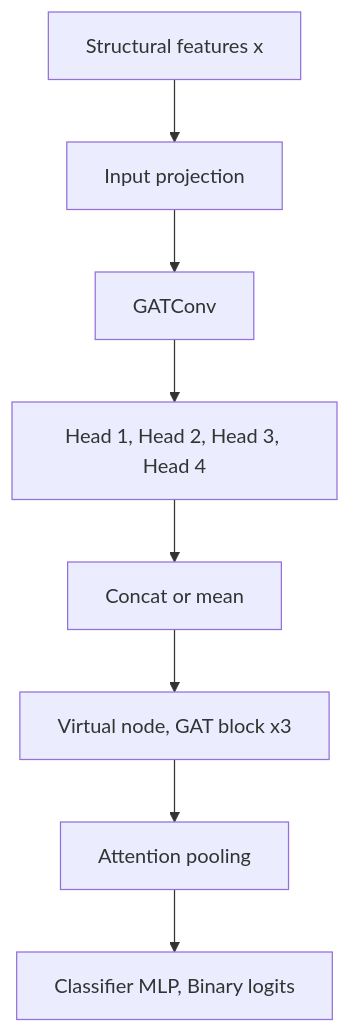
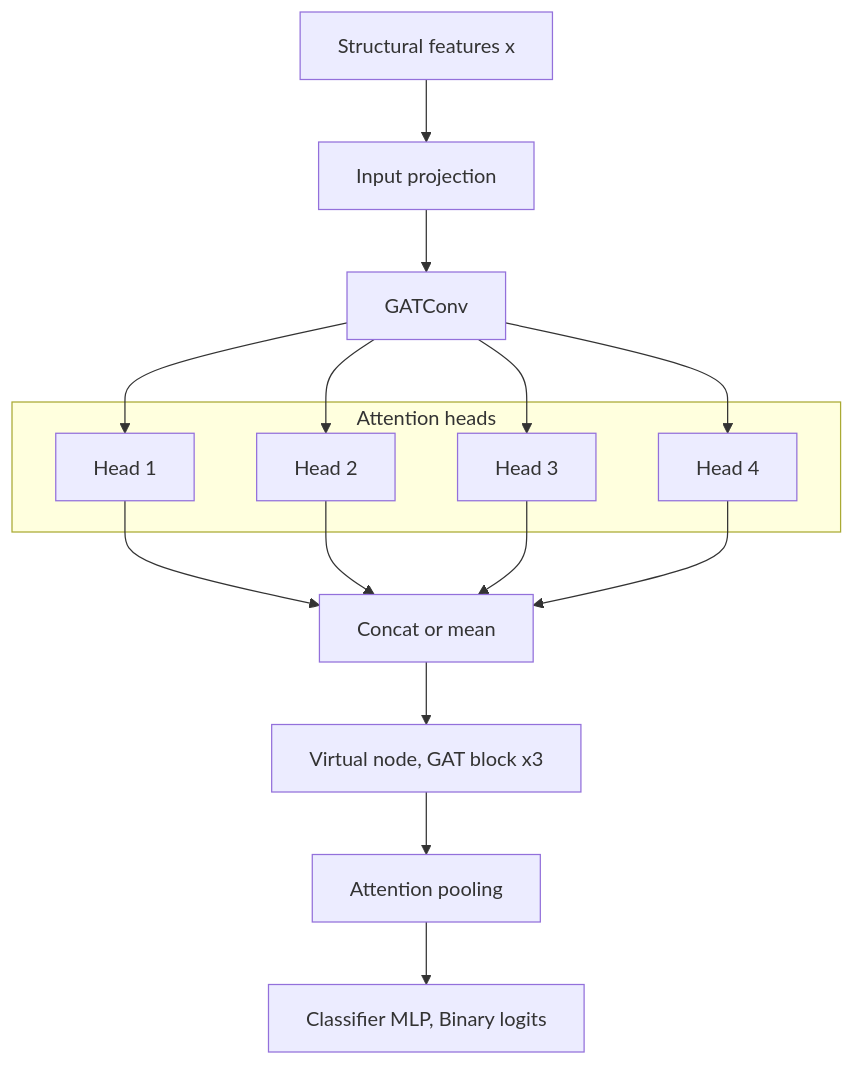
One commit to pymlex/threads-gnn changed the third of 3 diagrams in README.md. Above: the diagram before and after it, drawn with Mermaid. The commit also changed other lines of this file, not shown here.

Commit message:
Restore GAT head branching and group PNA stats and scalers in subgraphs.

````diff
--- a/README.md
+++ b/README.md
@@ -302,10 +325,22 @@
 ```mermaid
 flowchart TB
     X["Structural features x"] --> Proj["Input projection"]
     Proj --> GAT["GATConv"]
-    GAT --> Heads["Head 1, Head 2, Head 3, Head 4"]
-    Heads --> Merge["Concat or mean"]
+    subgraph Heads["Attention heads"]
+        H1["Head 1"]
+        H2["Head 2"]
+        H3["Head 3"]
+        H4["Head 4"]
+    end
+    GAT --> H1
+    GAT --> H2
+    GAT --> H3
+    GAT --> H4
+    H1 --> Merge["Concat or mean"]
+    H2 --> Merge
+    H3 --> Merge
+    H4 --> Merge
     Merge --> Enc["Virtual node, GAT block x3"]
     Enc --> Pool["Attention pooling"]
     Pool --> Out["Classifier MLP, Binary logits"]
 ```
````
